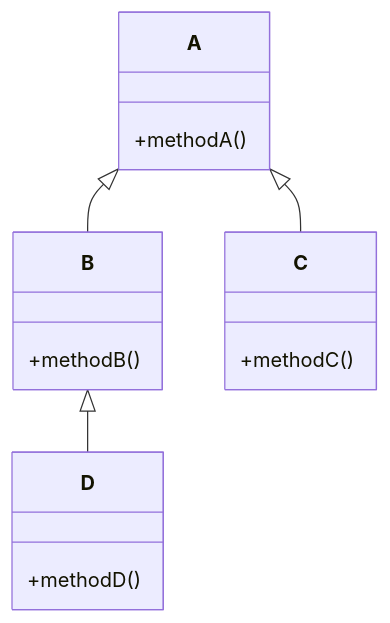
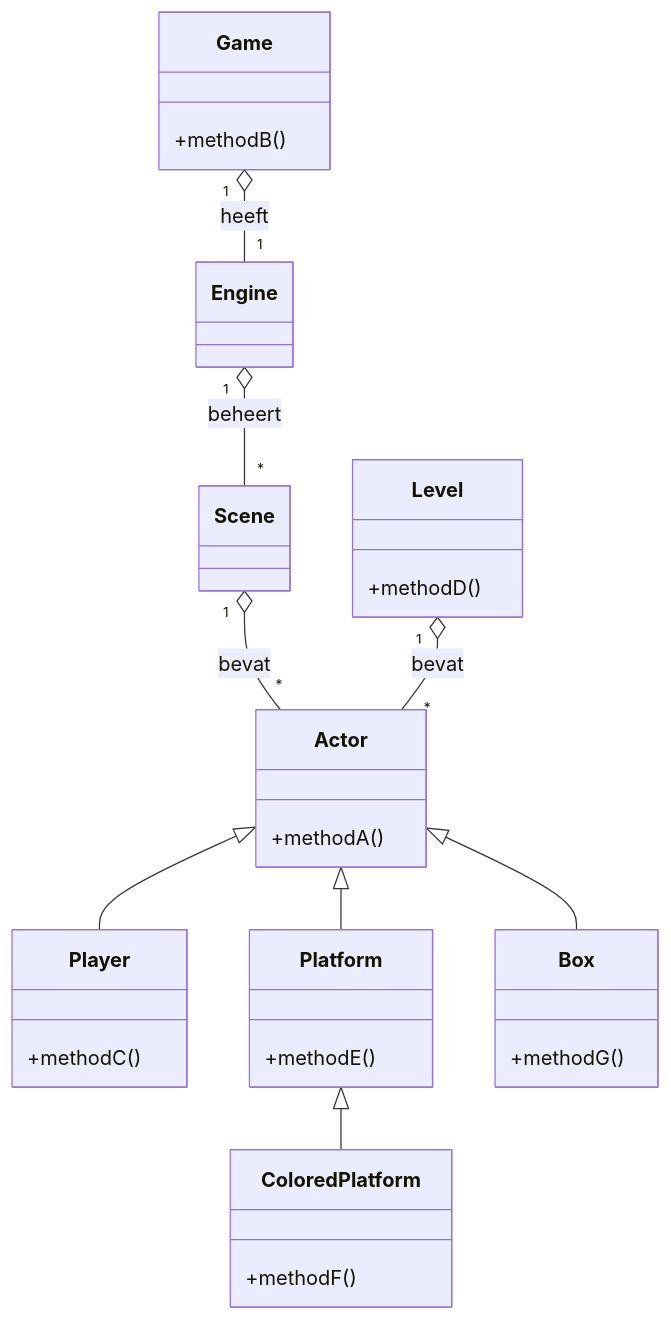
The diagram in Xdocumentation/Class Diagram.md (HiddeBouwman/CLE4), drawn with Mermaid before and after one commit. The commit also changed other lines of this file, not shown here.

Commit message:
own class diagram changes

````diff
--- a/Xdocumentation/Class Diagram.md
+++ b/Xdocumentation/Class Diagram.md
@@ -5,19 +5,35 @@
 ```mermaid
 classDiagram
-    class A {
+    class Actor {
         +methodA()
     }
-    class B {
+    class Game {
         +methodB()
     }
-    class C {
+    class Player {
         +methodC()
     }
-    class D {
+    class Level {
         +methodD()
     }
+    class Platform {
+        +methodE()
+    }
+    class ColoredPlatform {
+        +methodF()
+    }
+    class Box {
+        +methodG()
+    }
+    Actor <|-- Player
+    Actor <|-- Box
+    Actor <|-- Platform
+    Platform <|-- ColoredPlatform
+    Game "1" o-- "1" Engine : heeft
+    Engine "1" o-- "*" Scene : beheert
+    Scene "1" o-- "*" Actor : bevat
+    Level "1" o-- "*" Actor : bevat
 
-    A <|-- B
-    A <|-- C
-    B <|-- D
+
+    
 ```
````
